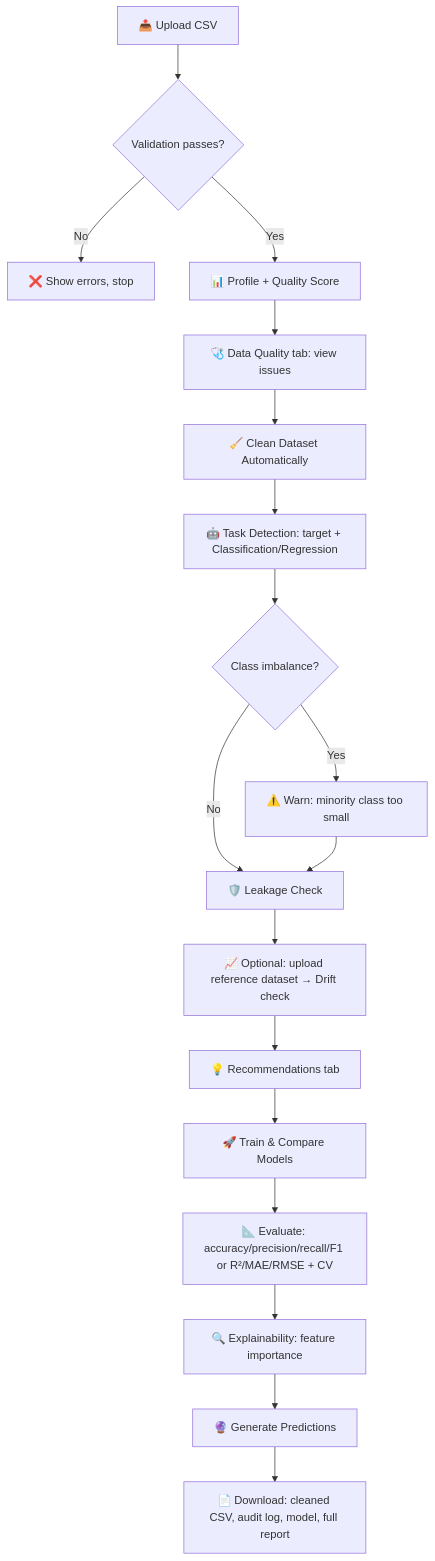
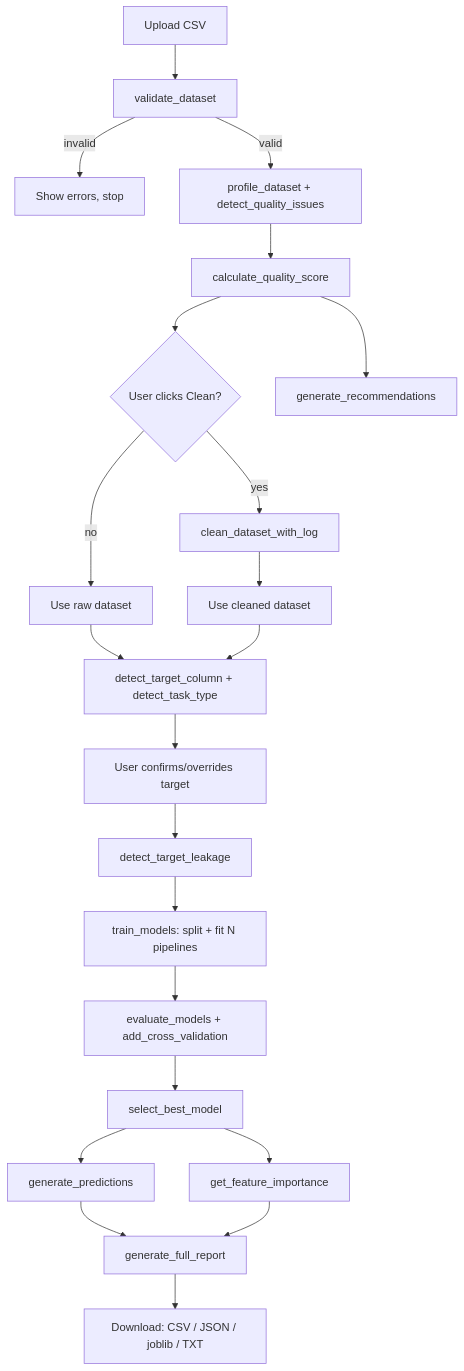
One commit to Subham093/Datapilot changed the first of 2 diagrams in README.md. Above: the diagram before and after it, drawn with Mermaid. The commit also changed other lines of this file and 1 other file, not shown here.

````diff
--- a/README.md
+++ b/README.md
@@ -160,20 +159,24 @@
 ```mermaid
 flowchart TD
-    A[📤 Upload CSV] --> B{Validation passes?}
-    B -- No --> B1[❌ Show errors, stop]
-    B -- Yes --> C[📊 Profile + Quality Score]
-    C --> D[🩺 Data Quality tab: view issues]
-    D --> E[🧹 Clean Dataset Automatically]
-    E --> F[🤖 Task Detection: target + Classification/Regression]
-    F --> G{Class imbalance?}
-    G -- Yes --> G1[⚠️ Warn: minority class too small]
-    G -- No --> H[🛡️ Leakage Check]
-    G1 --> H
-    H --> I[📈 Optional: upload reference dataset → Drift check]
-    I --> J[💡 Recommendations tab]
-    J --> K[🚀 Train & Compare Models]
-    K --> L[📐 Evaluate: accuracy/precision/recall/F1 or R²/MAE/RMSE + CV]
-    L --> M[🔍 Explainability: feature importance]
-    M --> N[🔮 Generate Predictions]
-    N --> O[📄 Download: cleaned CSV, audit log, model, full report]
+    A[Upload CSV] --> B[validate_dataset]
+    B -->|invalid| B1[Show errors, stop]
+    B -->|valid| C[profile_dataset + detect_quality_issues]
+    C --> D[calculate_quality_score]
+    D --> E{User clicks Clean?}
+    E -->|yes| F[clean_dataset_with_log]
+    E -->|no| G[Use raw dataset]
+    F --> G2[Use cleaned dataset]
+    G --> H[detect_target_column + detect_task_type]
+    G2 --> H
+    H --> I[User confirms/overrides target]
+    I --> J[detect_target_leakage]
+    J --> K[train_models: split + fit N pipelines]
+    K --> L[evaluate_models + add_cross_validation]
+    L --> M[select_best_model]
+    M --> N[get_feature_importance]
+    M --> O[generate_predictions]
+    D --> P[generate_recommendations]
+    O --> Q[generate_full_report]
+    N --> Q
+    Q --> R[Download: CSV / JSON / joblib / TXT]
 ```
````
